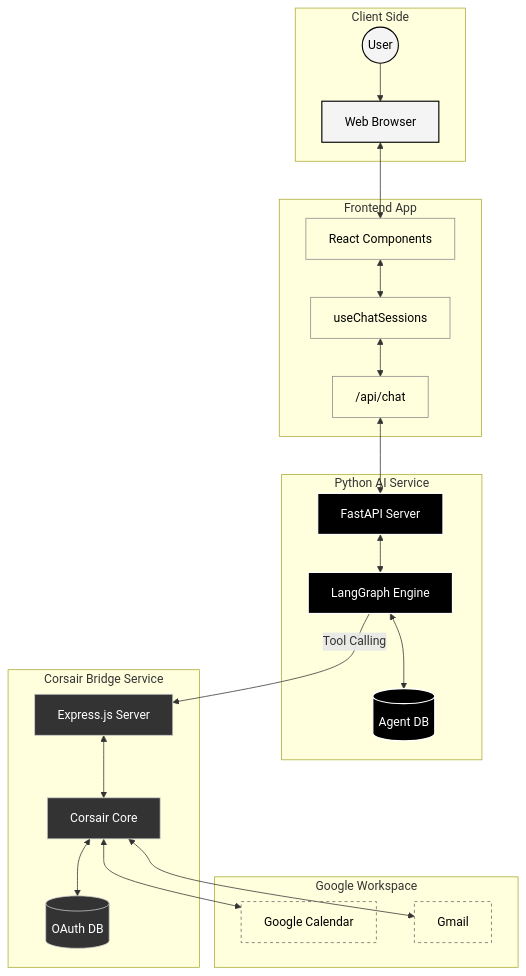
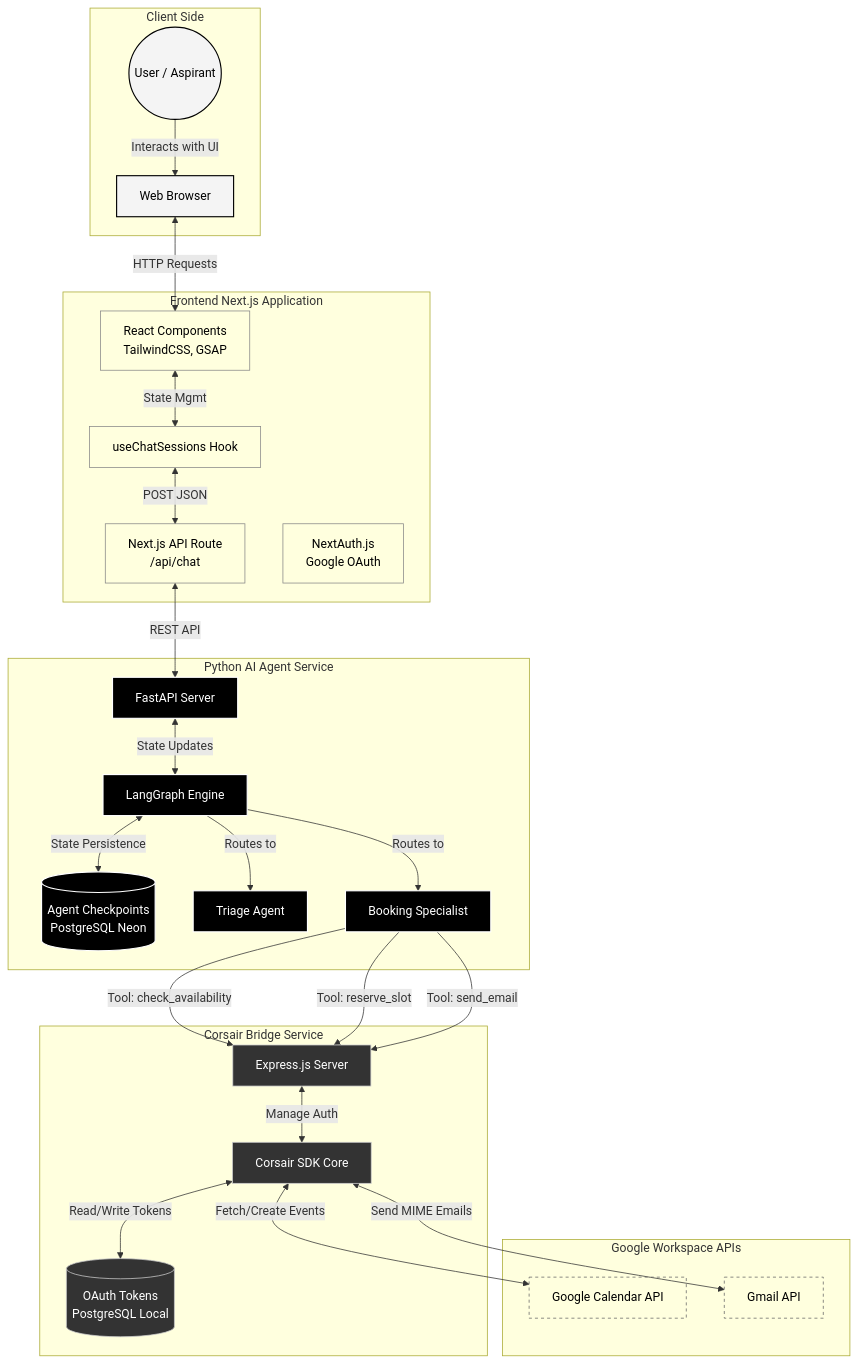
One commit to MRIARC-08/lakshya-scheduling changed the diagram in README.md. Above: the diagram before and after it, drawn with Mermaid. The commit also changed 3 other files, not shown here.

Commit message:
docs: restore detailed depth and arrow labels to diagrams while maintaining sharp aesthetic styling

````diff
--- a/README.md
+++ b/README.md
@@ -23,57 +23,67 @@
 ```mermaid
 graph TD
     %% Styling for a sleek, sharp aesthetic
     classDef default fill:transparent,stroke:#888,stroke-width:1px,color:inherit,rx:0,ry:0;
     classDef client fill:#f4f4f4,stroke:#000,stroke-width:1.5px,color:#000,rx:0,ry:0;
     classDef agent fill:#000,stroke:#fff,stroke-width:1.5px,color:#fff,rx:0,ry:0;
     classDef bridge fill:#333,stroke:#ccc,stroke-width:1px,color:#fff,rx:0,ry:0;
     classDef external fill:transparent,stroke:#666,stroke-width:1px,stroke-dasharray: 4 4,rx:0,ry:0;
 
     %% User and UI Layer
     subgraph Client [Client Side]
-        User(("User")):::client
+        User(("User / Aspirant")):::client
         Browser["Web Browser"]:::client
-        User --> Browser
+        User -->|Interacts with UI| Browser
     end
     
-    subgraph FrontendApp [Frontend App]
-        NextUI["React Components"]:::default
-        ChatHook["useChatSessions"]:::default
-        NextAPI["/api/chat"]:::default
+    subgraph FrontendApp [Frontend Next.js Application]
+        NextUI["React Components<br/>TailwindCSS, GSAP"]:::default
+        ChatHook["useChatSessions Hook"]:::default
+        NextAPI["Next.js API Route<br/>/api/chat"]:::default
+        NextAuth["NextAuth.js<br/>Google OAuth"]:::default
         
-        Browser <--> NextUI
-        NextUI <--> ChatHook
-        ChatHook <--> NextAPI
+        Browser <-->|HTTP Requests| NextUI
+        NextUI <-->|State Mgmt| ChatHook
+        ChatHook <-->|POST JSON| NextAPI
     end
     
     %% API and Agent Layer
-    subgraph AIAgent [Python AI Service]
+    subgraph AIAgent [Python AI Agent Service]
         FastAPI["FastAPI Server"]:::agent
         LangGraph["LangGraph Engine"]:::agent
-        State[("Agent DB")]:::agent
+        State[("Agent Checkpoints<br/>PostgreSQL Neon")]:::agent
         
-        NextAPI <--> FastAPI
-        FastAPI <--> LangGraph
-        LangGraph <--> State
+        Triage["Triage Agent"]:::agent
+        Booking["Booking Specialist"]:::agent
+        
+        NextAPI <-->|REST API| FastAPI
+        FastAPI <-->|State Updates| LangGraph
+        LangGraph <-->|State Persistence| State
+        
+        LangGraph -->|Routes to| Triage
+        LangGraph -->|Routes to| Booking
     end
     
     %% Integration Layer
     subgraph Integration [Corsair Bridge Service]
         Express["Express.js Server"]:::bridge
-        CorsairSDK["Corsair Core"]:::bridge
-        CorsairDB[("OAuth DB")]:::bridge
+        CorsairSDK["Corsair SDK Core"]:::bridge
+        CorsairDB[("OAuth Tokens<br/>PostgreSQL Local")]:::bridge
         
-        LangGraph -->|Tool Calling| Express
-        Express <--> CorsairSDK
-        CorsairSDK <--> CorsairDB
+        Booking -->|Tool: check_availability| Express
+        Booking -->|Tool: reserve_slot| Express
+        Booking -->|Tool: send_email| Express
+        
+        Express <-->|Manage Auth| CorsairSDK
+        CorsairSDK <-->|Read/Write Tokens| CorsairDB
     end
     
     %% External Services
-    subgraph External [Google Workspace]
-        GCal["Google Calendar"]:::external
-        Gmail["Gmail"]:::external
+    subgraph External [Google Workspace APIs]
+        GCal["Google Calendar API"]:::external
+        Gmail["Gmail API"]:::external
         
-        CorsairSDK <--> GCal
-        CorsairSDK <--> Gmail
+        CorsairSDK <-->|Fetch/Create Events| GCal
+        CorsairSDK <-->|Send MIME Emails| Gmail
     end
 ```
````
